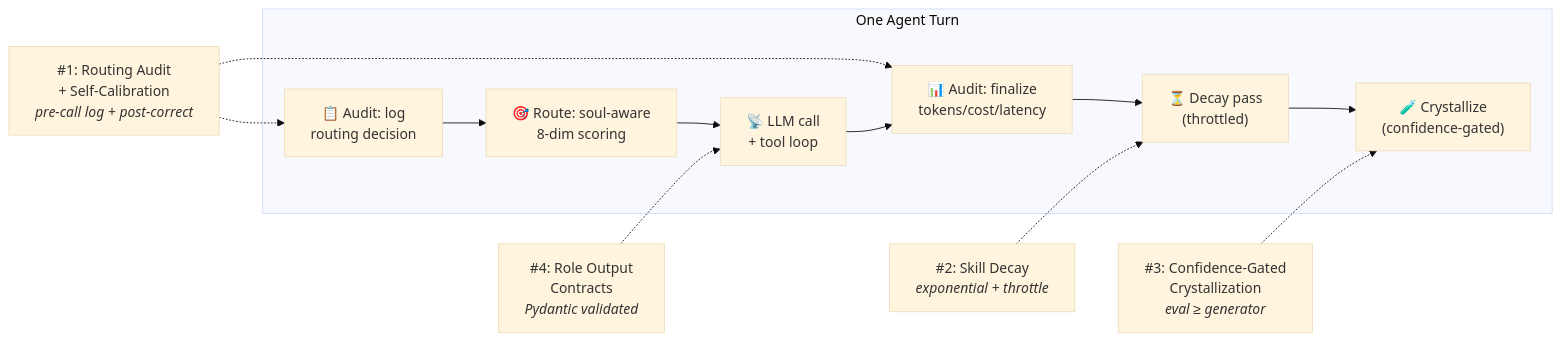
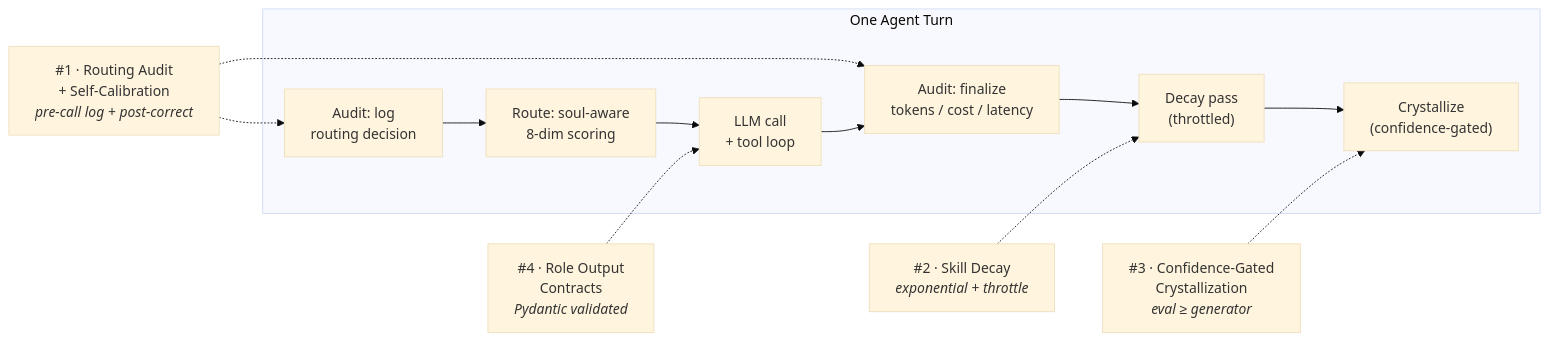
The fourth of 5 diagrams in README.md (MuhammadHasbiAshshiddieqy/OpenClawn), drawn with Mermaid (base theme) before and after one commit. The commit also changed other lines of this file, not shown here.

First line of the commit message:
docs(readme): audit + fix diagrams, drop emoji, sync with actual code

````diff
--- a/README.md
+++ b/README.md
@@ -270,16 +294,16 @@
 ```mermaid
 flowchart LR
     subgraph TURN["One Agent Turn"]
-        T1["📋 Audit: log<br/>routing decision"] --> T2["🎯 Route: soul-aware<br/>8-dim scoring"]
-        T2 --> T3["📡 LLM call<br/>+ tool loop"]
-        T3 --> T4["📊 Audit: finalize<br/>tokens/cost/latency"]
-        T4 --> T5["⏳ Decay pass<br/>(throttled)"]
-        T5 --> T6["🧪 Crystallize<br/>(confidence-gated)"]
+        T1["Audit: log<br/>routing decision"] --> T2["Route: soul-aware<br/>8-dim scoring"]
+        T2 --> T3["LLM call<br/>+ tool loop"]
+        T3 --> T4["Audit: finalize<br/>tokens / cost / latency"]
+        T4 --> T5["Decay pass<br/>(throttled)"]
+        T5 --> T6["Crystallize<br/>(confidence-gated)"]
     end
 
-    I1["#1: Routing Audit<br/>+ Self-Calibration<br/><i>pre-call log + post-correct</i>"] -.-> T1
+    I1["#1 · Routing Audit<br/>+ Self-Calibration<br/><i>pre-call log + post-correct</i>"] -.-> T1
     I1 -.-> T4
-    I2["#2: Skill Decay<br/><i>exponential + throttle</i>"] -.-> T5
-    I3["#3: Confidence-Gated<br/>Crystallization<br/><i>eval ≥ generator</i>"] -.-> T6
-    I4["#4: Role Output<br/>Contracts<br/><i>Pydantic validated</i>"] -.-> T3
+    I2["#2 · Skill Decay<br/><i>exponential + throttle</i>"] -.-> T5
+    I3["#3 · Confidence-Gated<br/>Crystallization<br/><i>eval &ge; generator</i>"] -.-> T6
+    I4["#4 · Role Output<br/>Contracts<br/><i>Pydantic validated</i>"] -.-> T3
 ```
````
